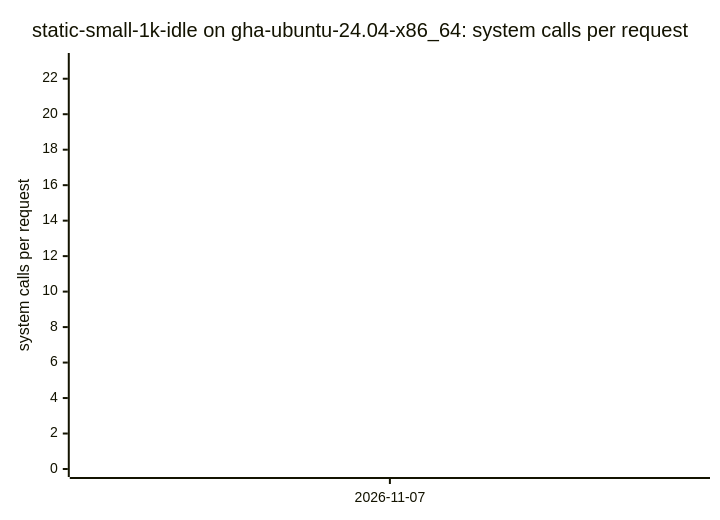
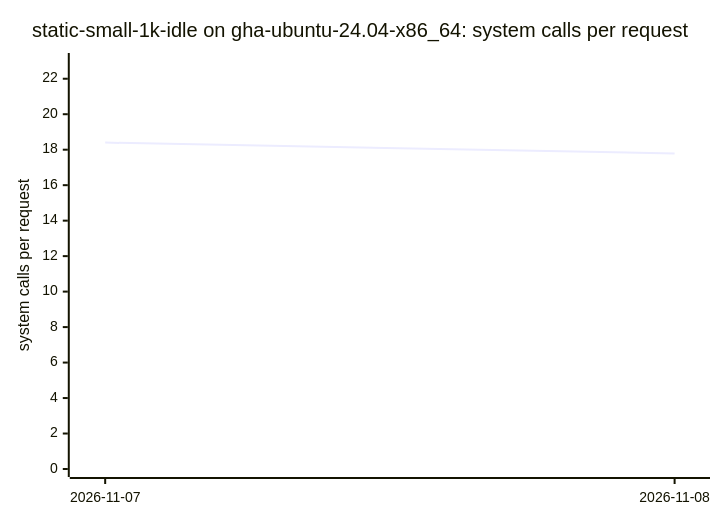
Before and after one commit to ThePixelPilgrim/durchlauferhitzer: diagram 16 of 16 in BENCHMARKS.md, drawn with Mermaid. The commit also changed other lines of this file and 1 other file, not shown here.

````diff
--- a/BENCHMARKS.md
+++ b/BENCHMARKS.md
@@ -177,7 +177,7 @@
 ```mermaid
 xychart-beta
   title "static-small-1k-idle on gha-ubuntu-24.04-x86_64: system calls per request"
-  x-axis ["2026-11-07"]
+  x-axis ["2026-11-07", "2026-11-08"]
   y-axis "system calls per request" 0 --> 23
-  line [18.40]
+  line [18.40, 17.79]
 ```
````
